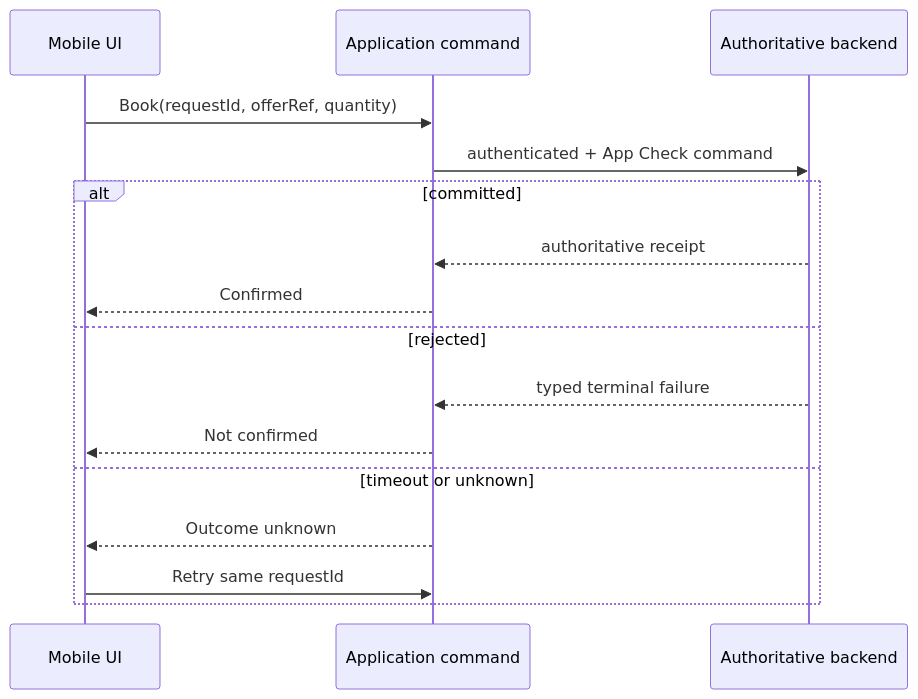
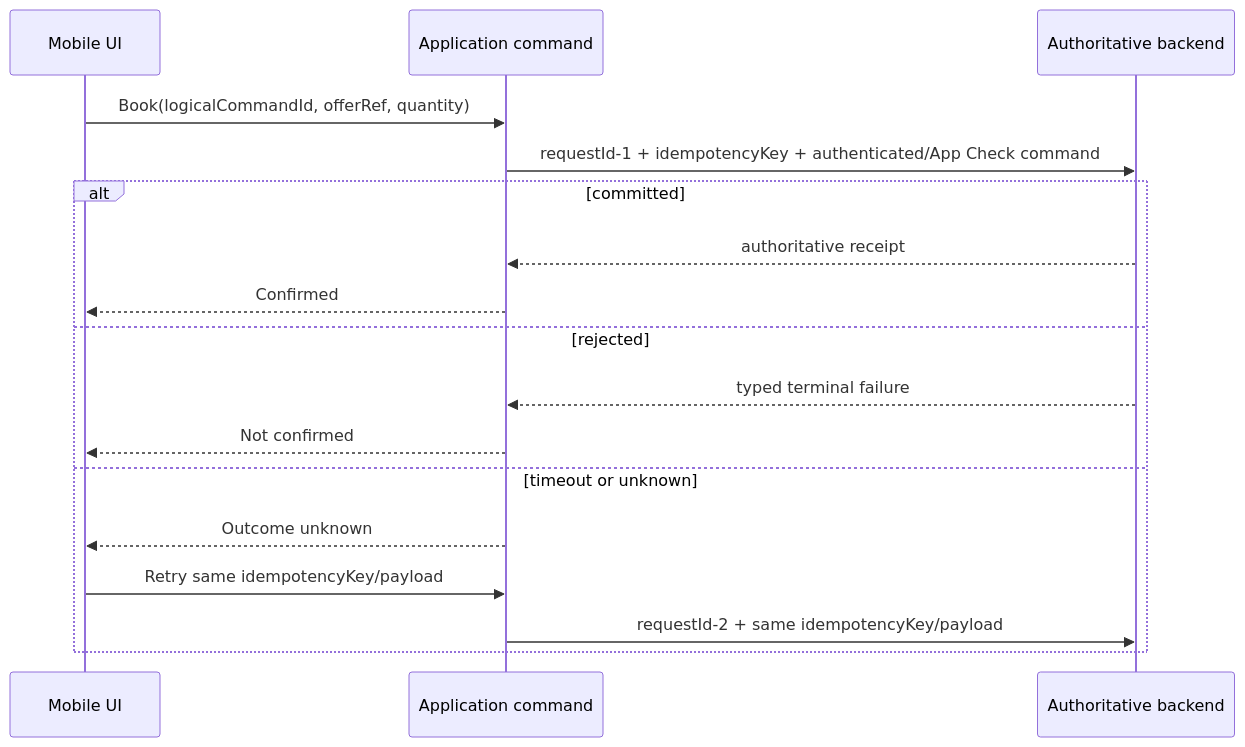
The fifth of 5 diagrams in docs/architecture/RECHARGE_MOBILE_ARCHITECTURE_V3.md (RechargeN/Recharge), drawn with Mermaid before and after one commit. The commit also changed other lines of this file and 21 other files, not shown here.

````diff
--- a/docs/architecture/RECHARGE_MOBILE_ARCHITECTURE_V3.md
+++ b/docs/architecture/RECHARGE_MOBILE_ARCHITECTURE_V3.md
@@ -534,18 +548,19 @@
 ```mermaid
 sequenceDiagram
     participant UI as Mobile UI
     participant A as Application command
     participant B as Authoritative backend
-    UI->>A: Book(requestId, offerRef, quantity)
-    A->>B: authenticated + App Check command
+    UI->>A: Book(logicalCommandId, offerRef, quantity)
+    A->>B: requestId-1 + idempotencyKey + authenticated/App Check command
     alt committed
         B-->>A: authoritative receipt
         A-->>UI: Confirmed
     else rejected
         B-->>A: typed terminal failure
         A-->>UI: Not confirmed
     else timeout or unknown
         A-->>UI: Outcome unknown
-        UI->>A: Retry same requestId
+        UI->>A: Retry same idempotencyKey/payload
+        A->>B: requestId-2 + same idempotencyKey/payload
     end
 ```
````
